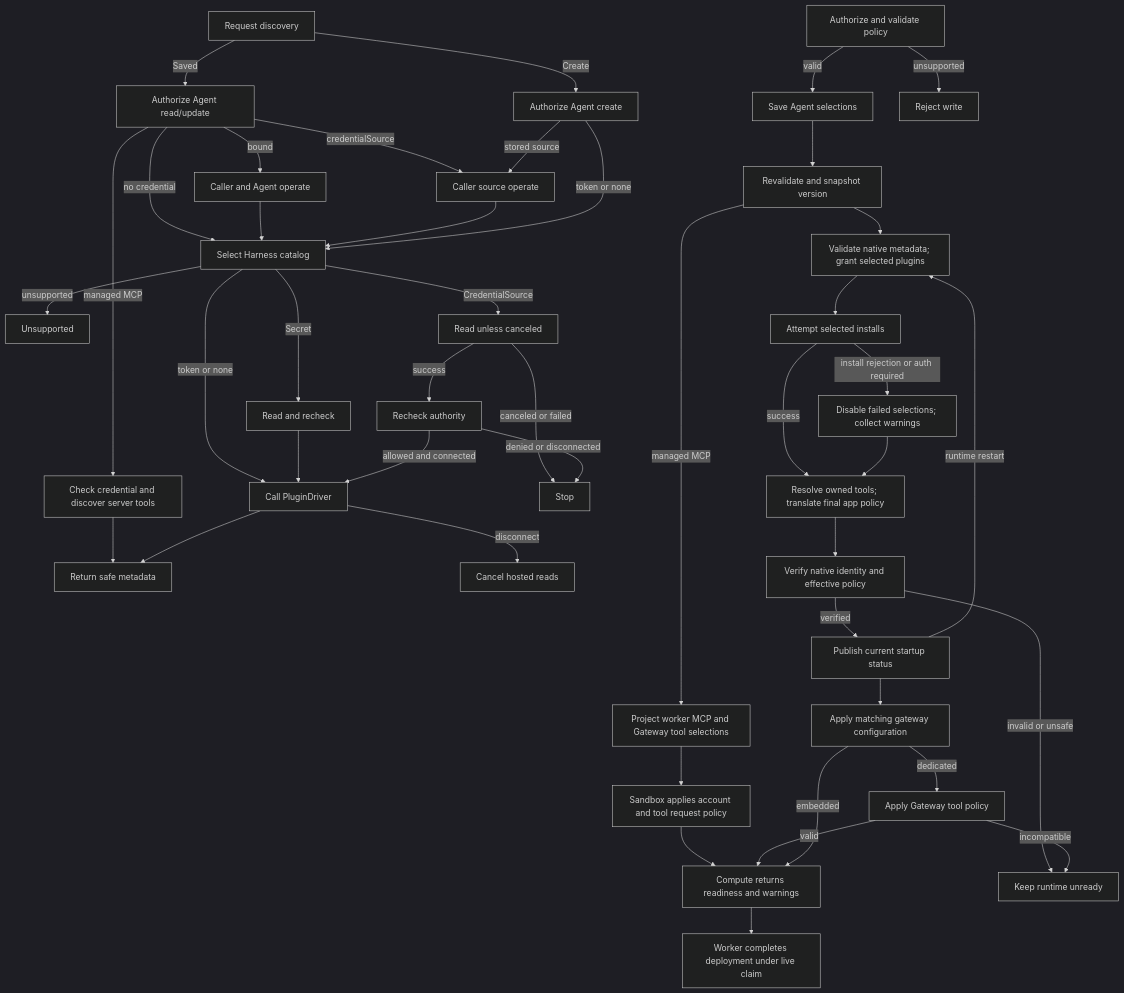
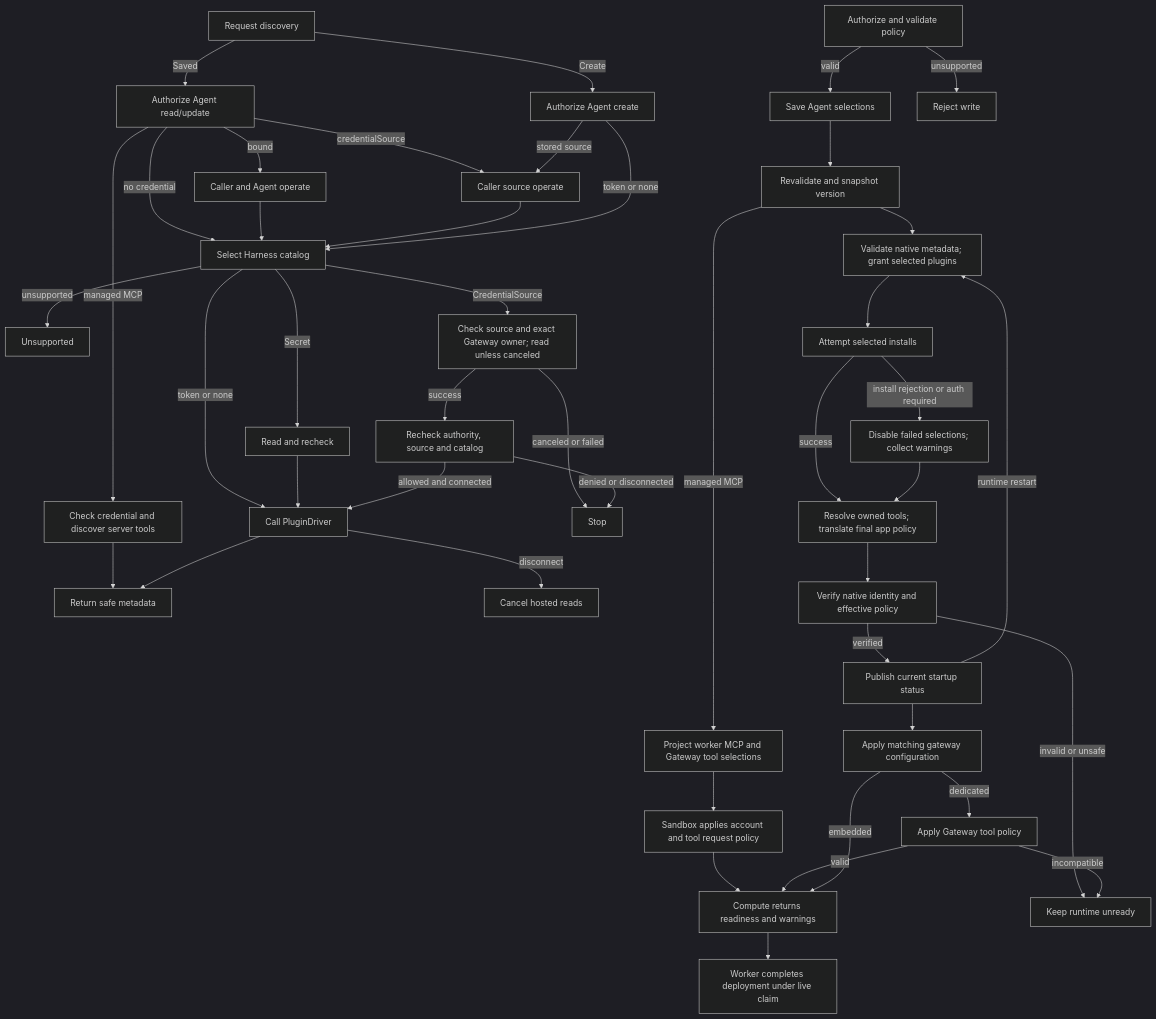
The diagram in docs/flows/agent-plugins.md (openclaw/openclaw-enterprise), drawn with Mermaid (dark theme) before and after one commit. The commit also changed other lines of this file and 4 other files, not shown here.

````diff
--- a/docs/flows/agent-plugins.md
+++ b/docs/flows/agent-plugins.md
@@ -25,42 +25,42 @@
 ```mermaid
 graph TD
   D0["Request discovery"] -->|Create| D1["Authorize Agent create"]
   D0 -->|Saved| E0["Authorize Agent read/update"]
   E0 -->|no credential| D6
   E0 -->|bound| E1["Caller and Agent operate"] --> D6
   E0 -->|managed MCP| M0["Check credential and discover server tools"] --> D5
   E0 -->|credentialSource| D2
   D1 -->|stored source| D2["Caller source operate"] --> D6["Select Harness catalog"]
   D1 -->|token or none| D6
   D6 -->|unsupported| D7["Unsupported"]
   D6 -->|token or none| D4["Call PluginDriver"]
   D6 -->|Secret| D3["Read and recheck"] --> D4
-  D6 -->|CredentialSource| D9["Read unless canceled"]
-  D9 -->|success| D10["Recheck authority"]
+  D6 -->|CredentialSource| D9["Check source and exact Gateway owner; read unless canceled"]
+  D9 -->|success| D10["Recheck authority, source and catalog"]
   D10 -->|allowed and connected| D4
   D9 -->|canceled or failed| D12["Stop"]
   D10 -->|denied or disconnected| D12
   D4 -->|disconnect| D8["Cancel hosted reads"]
   D4 --> D5["Return safe metadata"]
   A["Authorize and validate policy"] -->|valid| S["Save Agent selections"]
   A -->|unsupported| Y["Reject write"]
   S --> B["Revalidate and snapshot version"]
   B -->|managed MCP| K["Project worker MCP and Gateway tool selections"]
   K --> L["Sandbox applies account and tool request policy"]
   L --> I
   B --> C["Validate native metadata; grant selected plugins"]
   C --> D["Attempt selected installs"]
   D -->|install rejection or auth required| E["Disable failed selections; collect warnings"]
   D -->|success| T["Resolve owned tools; translate final app policy"]
   E --> T
   T --> F["Verify native identity and effective policy"]
   F -->|invalid or unsafe| X["Keep runtime unready"]
   F -->|verified| G["Publish current startup status"]
   G --> H["Apply matching gateway configuration"]
   H -->|dedicated| P["Apply Gateway tool policy"]
   P -->|incompatible| X
   P -->|valid| I
   H -->|embedded| I["Compute returns readiness and warnings"]
   I --> J["Worker completes deployment under live claim"]
   G -->|runtime restart| C
 ```
````
